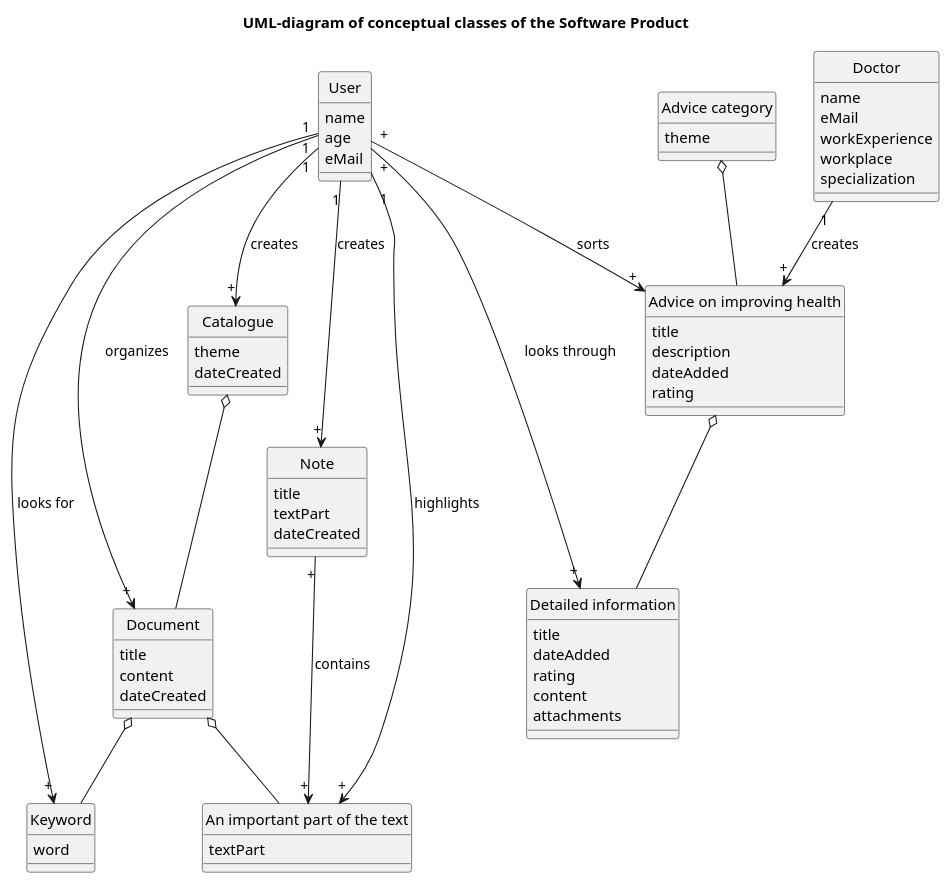
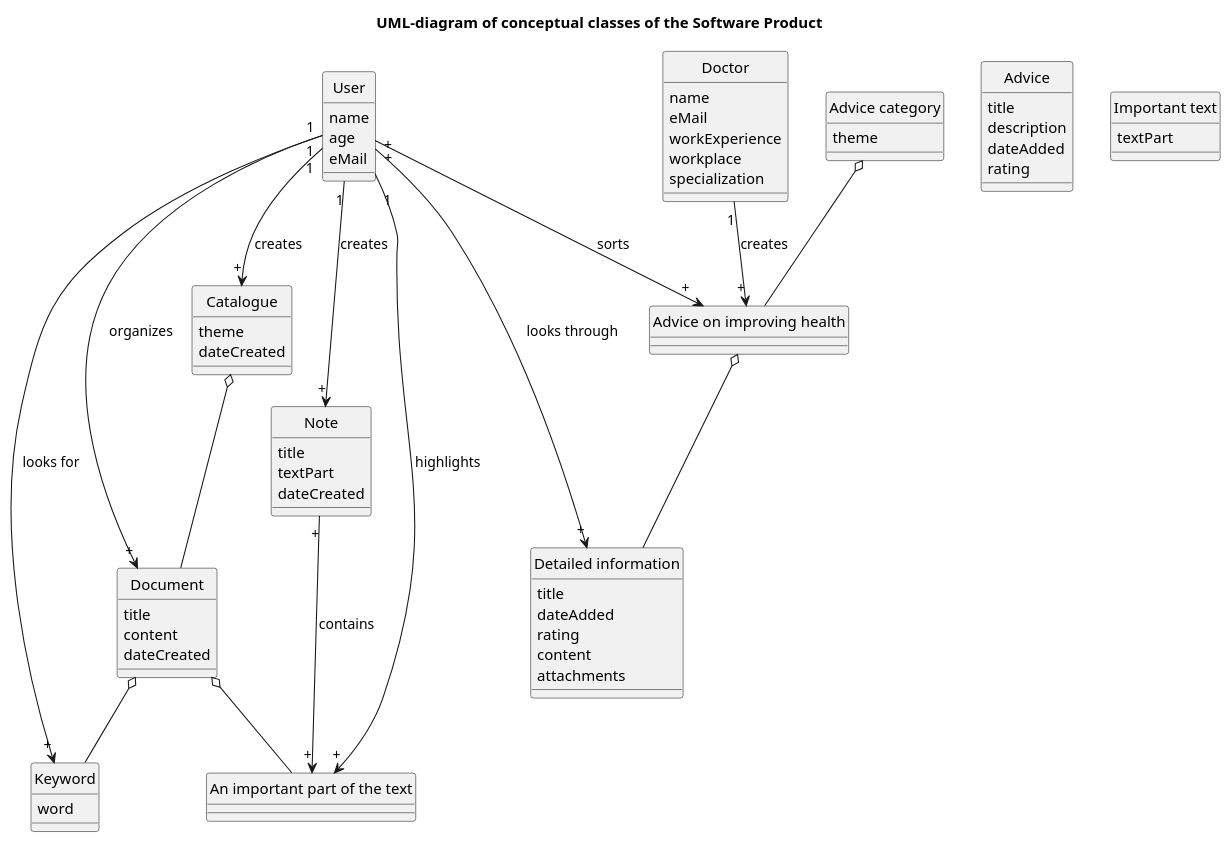
Before and after one commit to Wolly348/Additional-repository: the diagram in UML-ConceptClasses.puml, drawn with PlantUML.

```diff
--- a/UML-ConceptClasses.puml
+++ b/UML-ConceptClasses.puml
@@ -1,92 +1,92 @@
 @startuml
 
 hide circle
 title UML-diagram of conceptual classes of the Software Product
 
 Class User {
     name
     age
     eMail
 }
 
 Class Doctor {
     name
     eMail
     workExperience
     workplace
     specialization
 }
 
-Class "Advice on improving health" {
+Class Advice {
     title
     description
     dateAdded
     rating
 }
 
 Class "Advice category" {
     theme
 }
 
 Class "Detailed information" {
     title
     dateAdded
     rating
     content
     attachments
 }
 
 Class Catalogue {
     theme
     dateCreated
 }
 
 Class Document {
     title
     content
     dateCreated
 }
 
 Class Keyword {
     word
 }
 
-Class "An important part of the text" {
+Class "Important text" {
     textPart
 }
 
 Class Note {
     title
     textPart
     dateCreated
 }
 
 "Advice category" o-- "Advice on improving health"
 
 "Advice on improving health" o-- "Detailed information"
 
 Catalogue o-- Document
 
 Document o-- Keyword
 
 Document o-- "An important part of the text"
 
 Doctor"1" --> "+""Advice on improving health" : creates
 
 User"+" --> "+""Advice on improving health" : sorts 
 
 User"+" --> "+""Detailed information" : looks through 
 
 User"1" --> "+"Catalogue : creates
 
 User"1" --> "+"Document : organizes
 
 User"1" --> "+"Keyword : looks for
 
 User"1" --> "+""An important part of the text" : highlights
 
 User"1" --> "+"Note : creates
 
 Note"+" --> "+""An important part of the text" : contains
 
 @enduml
```
